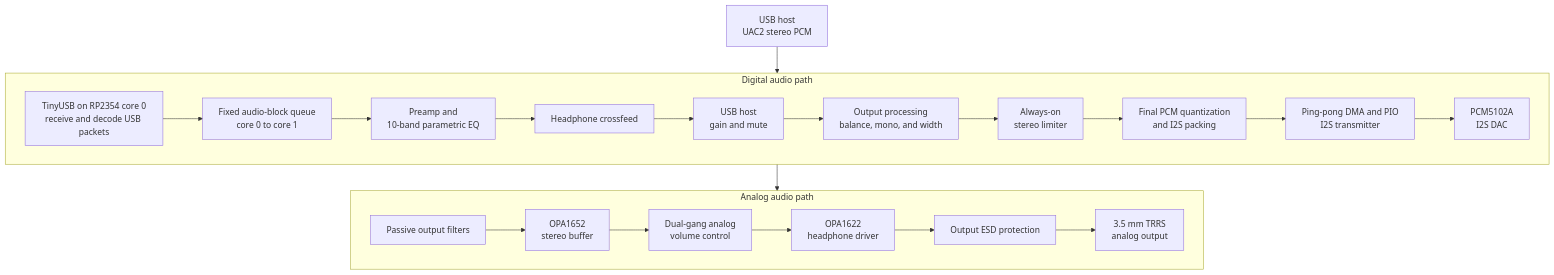
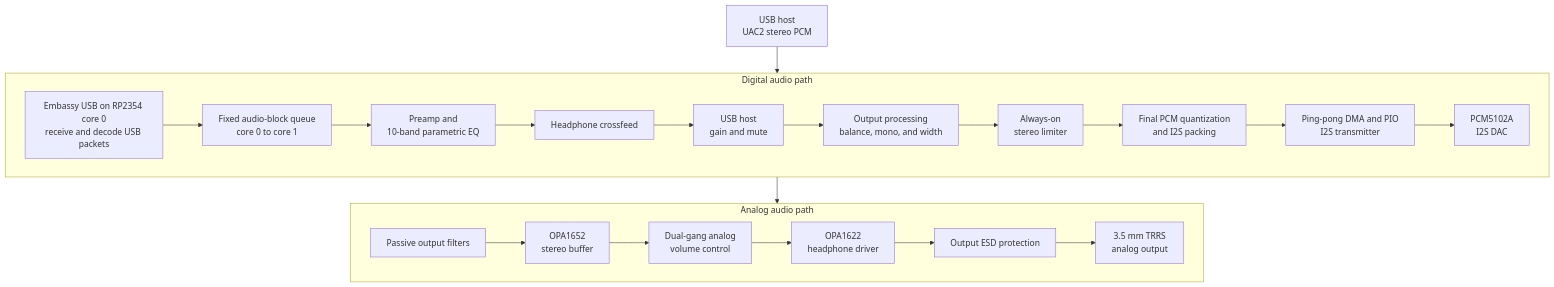
The diagram in pumper/README.md (wolf-yuan-6115/lightwolf), drawn with Mermaid before and after one commit. The commit also changed other lines of this file and 232 other files, not shown here.

````diff
--- a/pumper/README.md
+++ b/pumper/README.md
@@ -33,35 +33,35 @@
 ```mermaid
 flowchart TB
     HOST[USB host<br/>UAC2 stereo PCM]
 
     subgraph DIGITAL[Digital audio path]
         direction LR
-        USB[TinyUSB on RP2354 core 0<br/>receive and decode USB packets]
+        USB[Embassy USB on RP2354 core 0<br/>receive and decode USB packets]
         QUEUE[Fixed audio-block queue<br/>core 0 to core 1]
         EQ[Preamp and<br/>10-band parametric EQ]
         XF[Headphone crossfeed]
         HOSTCTL[USB host<br/>gain and mute]
         OUTPROC[Output processing<br/>balance, mono, and width]
         LIMIT[Always-on<br/>stereo limiter]
         PACK[Final PCM quantization<br/>and I2S packing]
         I2S[Ping-pong DMA and PIO<br/>I2S transmitter]
         DAC[PCM5102A<br/>I2S DAC]
 
         USB --> QUEUE --> EQ --> XF --> HOSTCTL --> OUTPROC --> LIMIT --> PACK --> I2S --> DAC
     end
 
     subgraph ANALOG[Analog audio path]
         direction LR
         FILTER[Passive output filters]
         BUFFER[OPA1652<br/>stereo buffer]
         VOLUME[Dual-gang analog<br/>volume control]
         DRIVER[OPA1622<br/>headphone driver]
         PROTECT[Output ESD protection]
         JACK[3.5 mm TRRS<br/>analog output]
 
         FILTER --> BUFFER --> VOLUME --> DRIVER --> PROTECT --> JACK
     end
 
     HOST --> USB
     DAC --> FILTER
 ```
````
